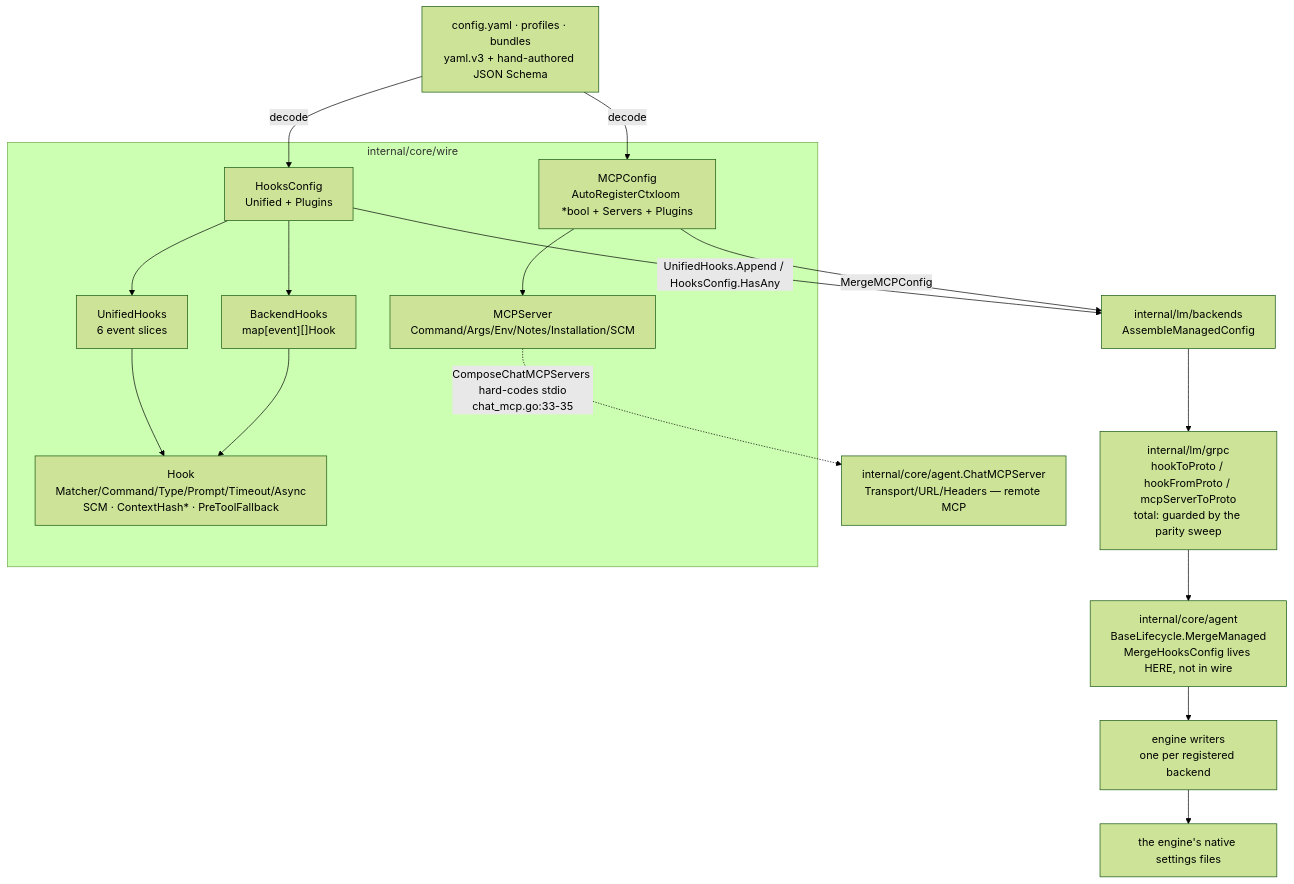
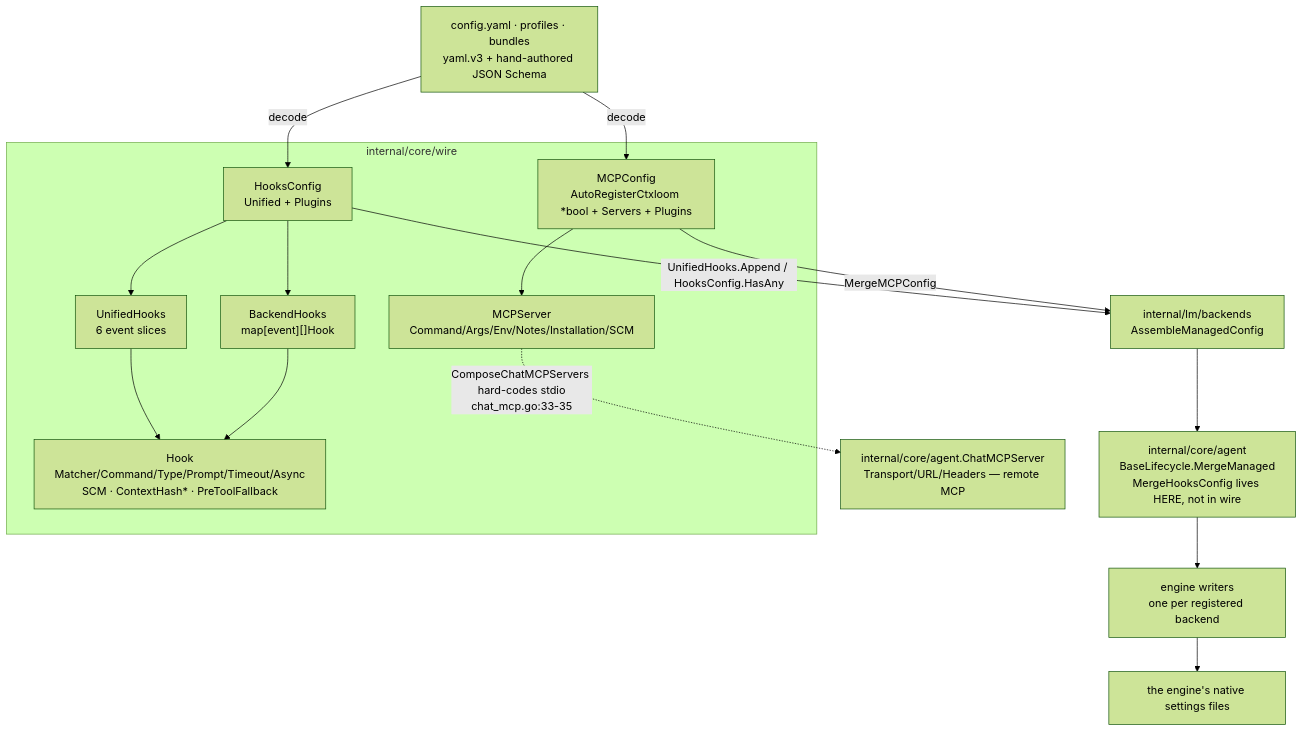
Before and after one commit to ctxloom/ctxloom: the diagram in docs/architecture/shared/wire-types.md, drawn with Mermaid (forest theme). The commit also changed other lines of this file and 19 other files, not shown here.

First line of the commit message:
docs(architecture): delete the retired plugin-wire page and stop citing it

````diff
--- a/docs/architecture/shared/wire-types.md
+++ b/docs/architecture/shared/wire-types.md
@@ -7,29 +7,28 @@
 ```mermaid
 flowchart TD
     subgraph wire["internal/core/wire"]
         HC["HooksConfig<br/>Unified + Plugins"]
         UH["UnifiedHooks<br/>6 event slices"]
         BH["BackendHooks<br/>map[event][]Hook"]
         H["Hook<br/>Matcher/Command/Type/Prompt/Timeout/Async<br/>SCM · ContextHash* · PreToolFallback"]
         MC["MCPConfig<br/>AutoRegisterCtxloom *bool + Servers + Plugins"]
         MS["MCPServer<br/>Command/Args/Env/Notes/Installation/SCM"]
         HC --> UH
         HC --> BH
         UH --> H
         BH --> H
         MC --> MS
     end
 
     YAML["config.yaml · profiles · bundles<br/>yaml.v3 + hand-authored JSON Schema"] -->|decode| HC
     YAML -->|decode| MC
     HC -->|"UnifiedHooks.Append / HooksConfig.HasAny"| ASM["internal/lm/backends<br/>AssembleManagedConfig"]
     MC -->|MergeMCPConfig| ASM
-    ASM --> PROTO["internal/lm/grpc<br/>hookToProto / hookFromProto / mcpServerToProto<br/>total: guarded by the parity sweep"]
-    PROTO --> LIFE["internal/core/agent<br/>BaseLifecycle.MergeManaged<br/>MergeHooksConfig lives HERE, not in wire"]
+    ASM --> LIFE["internal/core/agent<br/>BaseLifecycle.MergeManaged<br/>MergeHooksConfig lives HERE, not in wire"]
     LIFE --> WRITERS["engine writers<br/>one per registered backend"]
     WRITERS --> NATIVE["the engine's native settings files"]
 
     CHAT["internal/core/agent.ChatMCPServer<br/>Transport/URL/Headers — remote MCP"]
     MS -.->|"ComposeChatMCPServers hard-codes stdio<br/>chat_mcp.go:33-35"| CHAT
 
 ```
````
